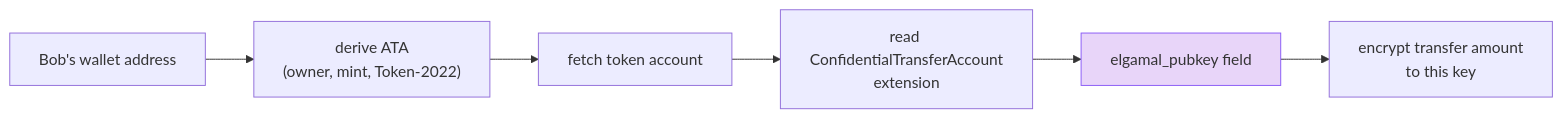
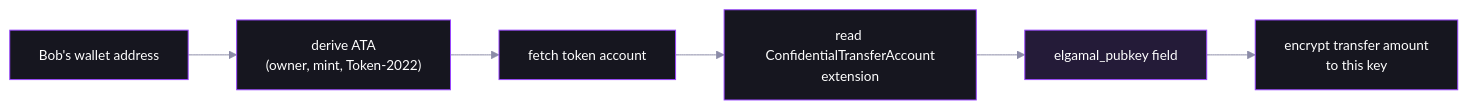
Before and after one commit to catmcgee/confidential-transfers-explorer: the first of 2 diagrams in workshop/04-confidential-transfer.md, drawn with Mermaid. The commit also changed other lines of this file and 7 other files, not shown here.

````diff
--- a/workshop/04-confidential-transfer.md
+++ b/workshop/04-confidential-transfer.md
@@ -21,9 +21,11 @@
 ```mermaid
+%%{init: {'theme':'base','themeVariables':{'background':'transparent','primaryColor':'#16161f','primaryTextColor':'#ffffff','primaryBorderColor':'#9945FF','secondaryColor':'#0f2e21','secondaryTextColor':'#ffffff','secondaryBorderColor':'#14F195','tertiaryColor':'#241b38','tertiaryTextColor':'#ffffff','lineColor':'#8b8ba7','textColor':'#e6e6f0','fontSize':'14px','clusterBkg':'#101018','clusterBorder':'#3a3a4d','edgeLabelBackground':'#101018','actorBkg':'#16161f','actorTextColor':'#ffffff','actorBorder':'#9945FF','signalColor':'#e6e6f0','signalTextColor':'#e6e6f0','noteBkgColor':'#241b38','noteTextColor':'#e6e6f0','noteBorderColor':'#9945FF','labelBoxBkgColor':'#16161f','labelTextColor':'#ffffff','loopTextColor':'#e6e6f0'}}}%%
 flowchart LR
     ADDR["Bob's wallet address"] --> ATA["derive ATA<br/>(owner, mint, Token-2022)"]
     ATA --> FETCH["fetch token account"]
     FETCH --> EXT["read ConfidentialTransferAccount<br/>extension"]
     EXT --> PK["elgamal_pubkey field"]
     PK --> ENC["encrypt transfer amount<br/>to this key"]
-    style PK fill:#e8d5f9,stroke:#8b5cf6
+    classDef accent fill:#241b38,stroke:#9945FF,color:#ffffff
+    class PK accent
 ```
````
